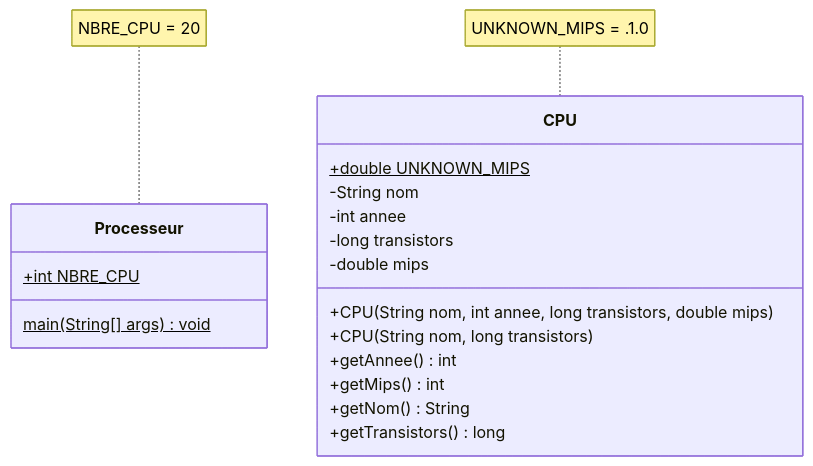
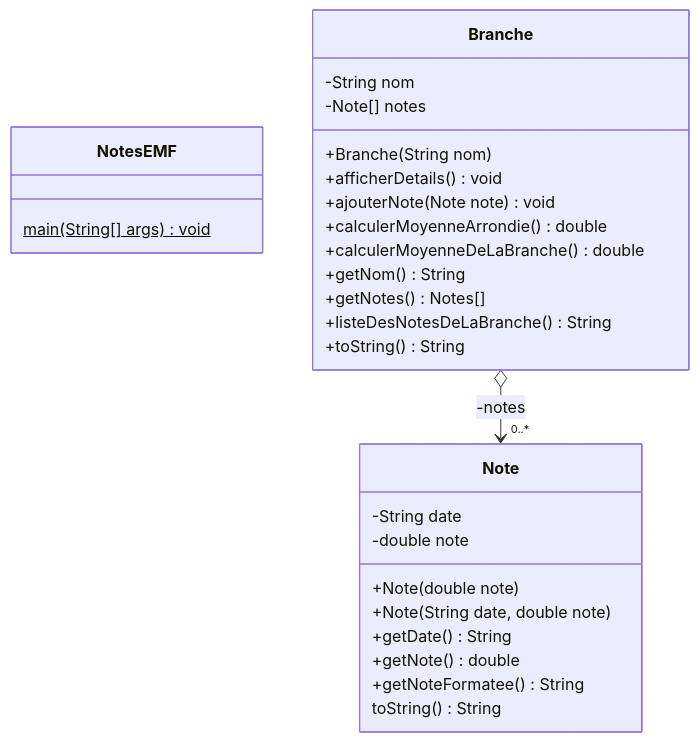
The first of 3 diagrams in README.md (emf-info-d400/Ex06-NotesEMF), drawn with Mermaid before and after one commit. The commit also changed other lines of this file and 51 other files, not shown here.

````diff
--- a/README.md
+++ b/README.md
@@ -21,24 +27,33 @@
 ```mermaid
 classDiagram
 
-class Processeur {
-    +int NBRE_CPU$
+class NotesEMF {
     main(String[] args) void$
 }
 
-class CPU {
-    +double UNKNOWN_MIPS$
+class Branche {
     -String nom
-    -int annee
-    -long transistors
-    -double mips
-    +CPU(String nom, int annee, long transistors, double mips)
-    +CPU(String nom, long transistors)
-    +getAnnee() int
-    +getMips() int
+    -Note[] notes
+    +Branche(String nom)
+    +afficherDetails() void
+    +ajouterNote(Note note) void
+    +calculerMoyenneArrondie() double
+    +calculerMoyenneDeLaBranche() double
     +getNom() String
-    +getTransistors() long
+    +getNotes() Notes[]
+    +listeDesNotesDeLaBranche() String
+    +toString() String
 }
-note for Processeur "NBRE_CPU = 20"
-note for CPU "UNKNOWN_MIPS = .1.0"
+
+class Note {
+    -String date
+    -double note
+    +Note(double note)
+    +Note(String date, double note)
+    +getDate() String
+    +getNote() double
+    +getNoteFormatee() String
+    toString() String
+}
+Branche o--> "0..*" Note : -notes
 ```
````
